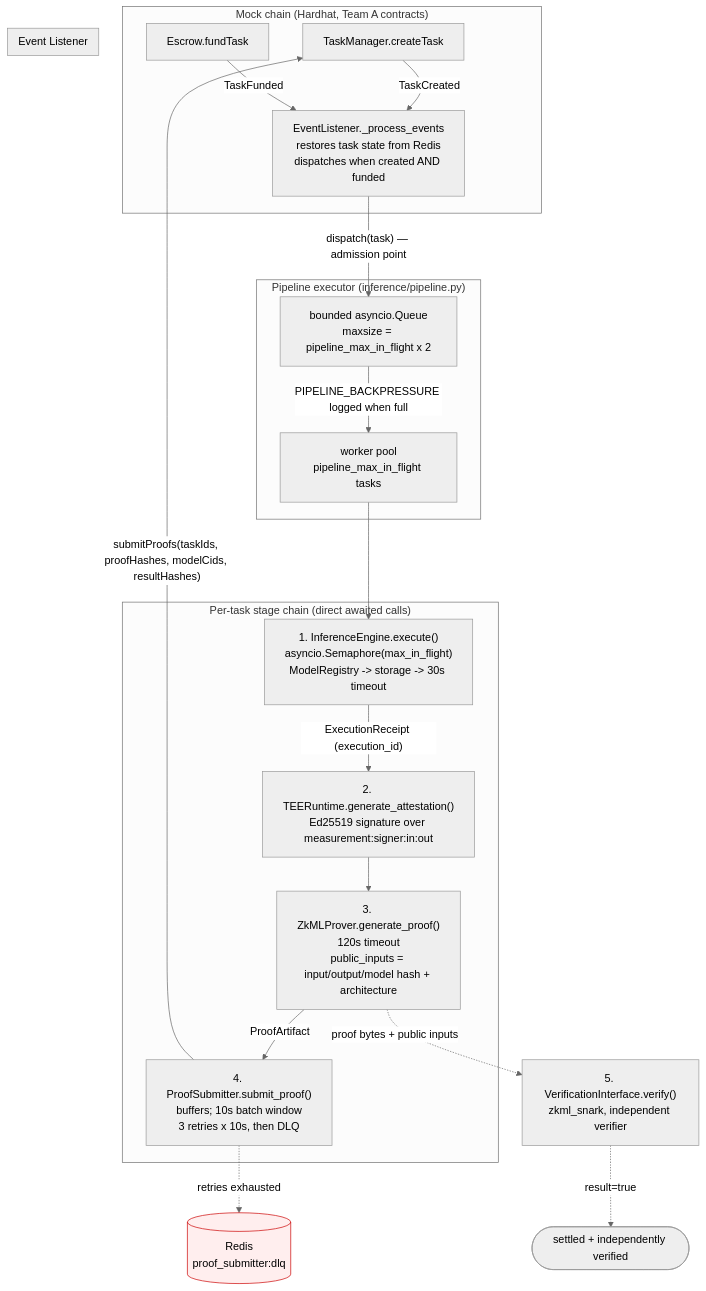
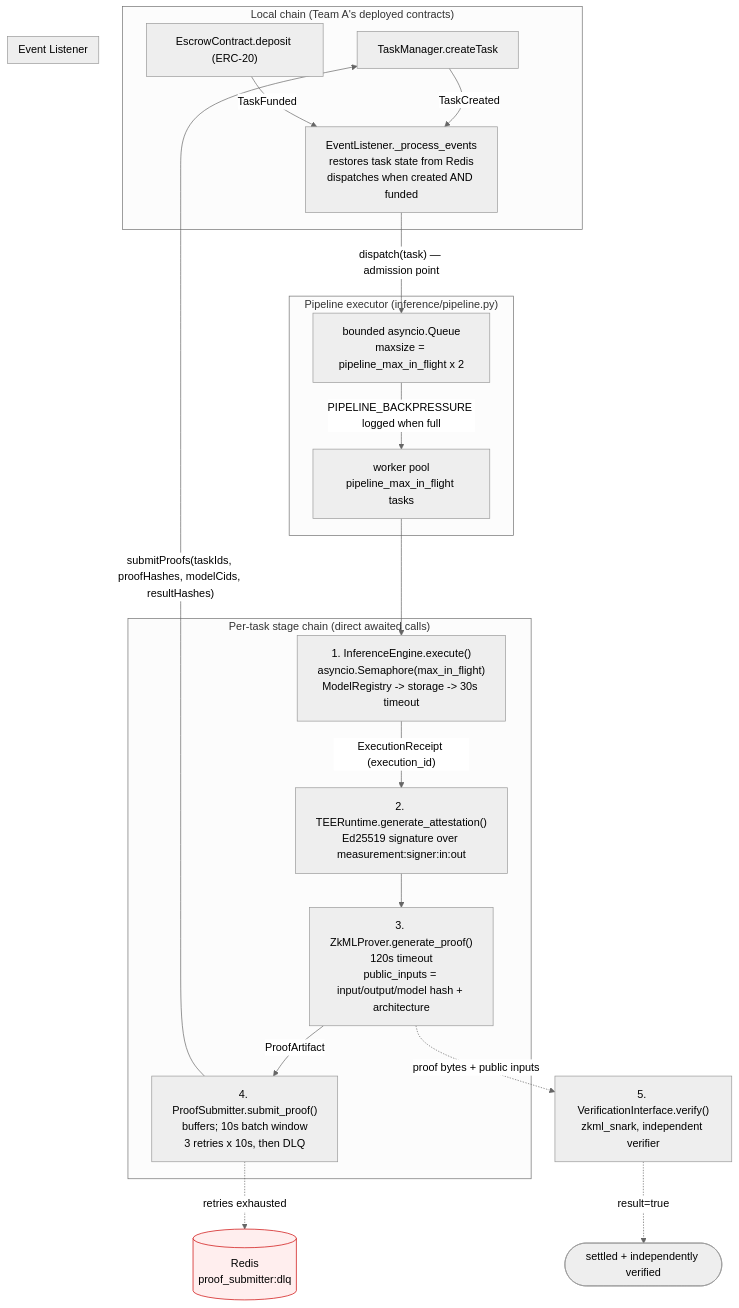
One commit to swanandi-bhende/Accion-Team-3 changed the first of 3 diagrams in team-3b/docs/diagrams/pipeline.md. Above: the diagram before and after it, drawn with Mermaid (neutral theme). The commit also changed 65 other files, not shown here.

````diff
--- a/team-3b/docs/diagrams/pipeline.md
+++ b/team-3b/docs/diagrams/pipeline.md
@@ -12,43 +12,43 @@
 ```mermaid
 flowchart TD
-    subgraph chain["Mock chain (Hardhat, Team A contracts)"]
+    subgraph chain["Local chain (Team A's deployed contracts)"]
         TM["TaskManager.createTask"]
-        ES["Escrow.fundTask"]
+        ES["EscrowContract.deposit (ERC-20)"]
         TM -->|TaskCreated| EL
         ES -->|TaskFunded| EL
     end
 
     subgraph listener["Event Listener"]
         EL["EventListener._process_events<br/>restores task state from Redis<br/>dispatches when created AND funded"]
     end
 
     EL -->|"dispatch(task) — admission point"| Q
 
     subgraph executor["Pipeline executor (inference/pipeline.py)"]
         Q["bounded asyncio.Queue<br/>maxsize = pipeline_max_in_flight x 2"]
         Q -->|"PIPELINE_BACKPRESSURE logged when full"| W["worker pool<br/>pipeline_max_in_flight tasks"]
     end
 
     W --> S1
 
     subgraph stages["Per-task stage chain (direct awaited calls)"]
         S1["1. InferenceEngine.execute()<br/>asyncio.Semaphore(max_in_flight)<br/>ModelRegistry -> storage -> 30s timeout"]
         S1 -->|"ExecutionReceipt (execution_id)"| S2
         S2["2. TEERuntime.generate_attestation()<br/>Ed25519 signature over measurement:signer:in:out"]
         S2 --> S3
         S3["3. ZkMLProver.generate_proof()<br/>120s timeout<br/>public_inputs = input/output/model hash + architecture"]
         S3 -->|ProofArtifact| S4
         S4["4. ProofSubmitter.submit_proof()<br/>buffers; 10s batch window<br/>3 retries x 10s, then DLQ"]
     end
 
     S4 -->|"submitProofs(taskIds, proofHashes, modelCids, resultHashes)"| TM
     S4 -.->|"retries exhausted"| DLQ[("Redis<br/>proof_submitter:dlq")]
     S3 -.->|"proof bytes + public inputs"| S5
     S5["5. VerificationInterface.verify()<br/>zkml_snark, independent verifier"]
     S5 -.->|"result=true"| OK(["settled + independently verified"])
 
     classDef drop fill:#fee,stroke:#c00;
     classDef seam fill:#eef,stroke:#33c,stroke-dasharray: 4 3;
 
     DLQ:::drop
 ```
````
